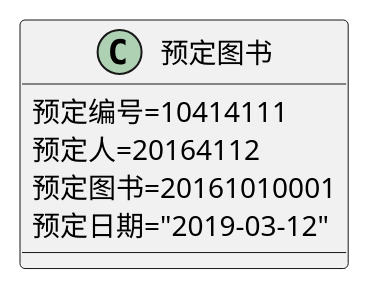
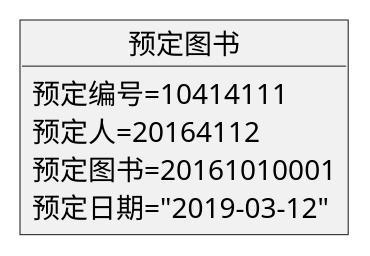
One commit to YYttaa/is_analysis-2 changed the diagram in test3/puml/order.puml. Above: the diagram before and after it, drawn with PlantUML. The commit also changed 18 other files, not shown here.

```diff
--- a/test3/puml/order.puml
+++ b/test3/puml/order.puml
@@ -1,10 +1,10 @@
 @startuml
 
-class 预定图书{
+object 预定图书{
     预定编号=10414111
     预定人=20164112
     预定图书=20161010001
     预定日期="2019-03-12"
  }
 
 @enduml
```
